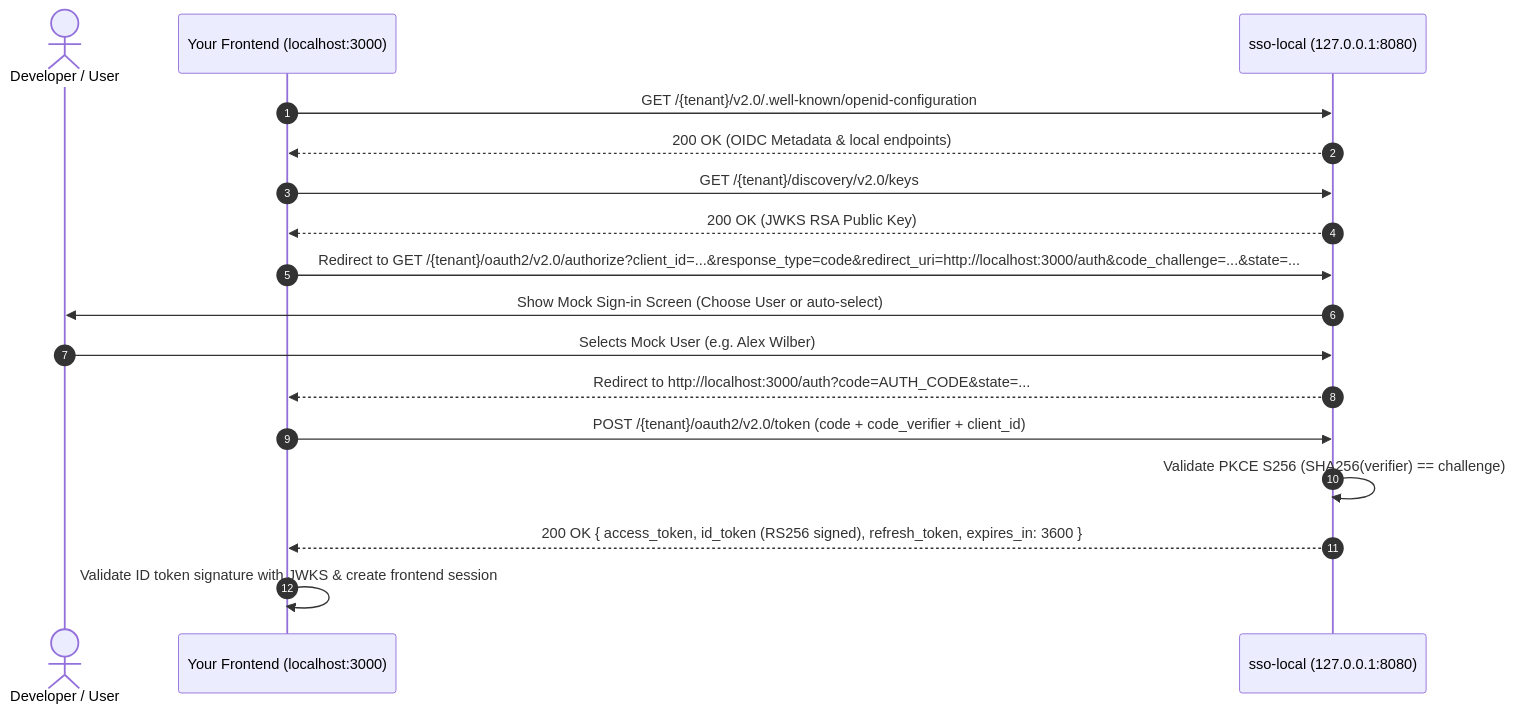
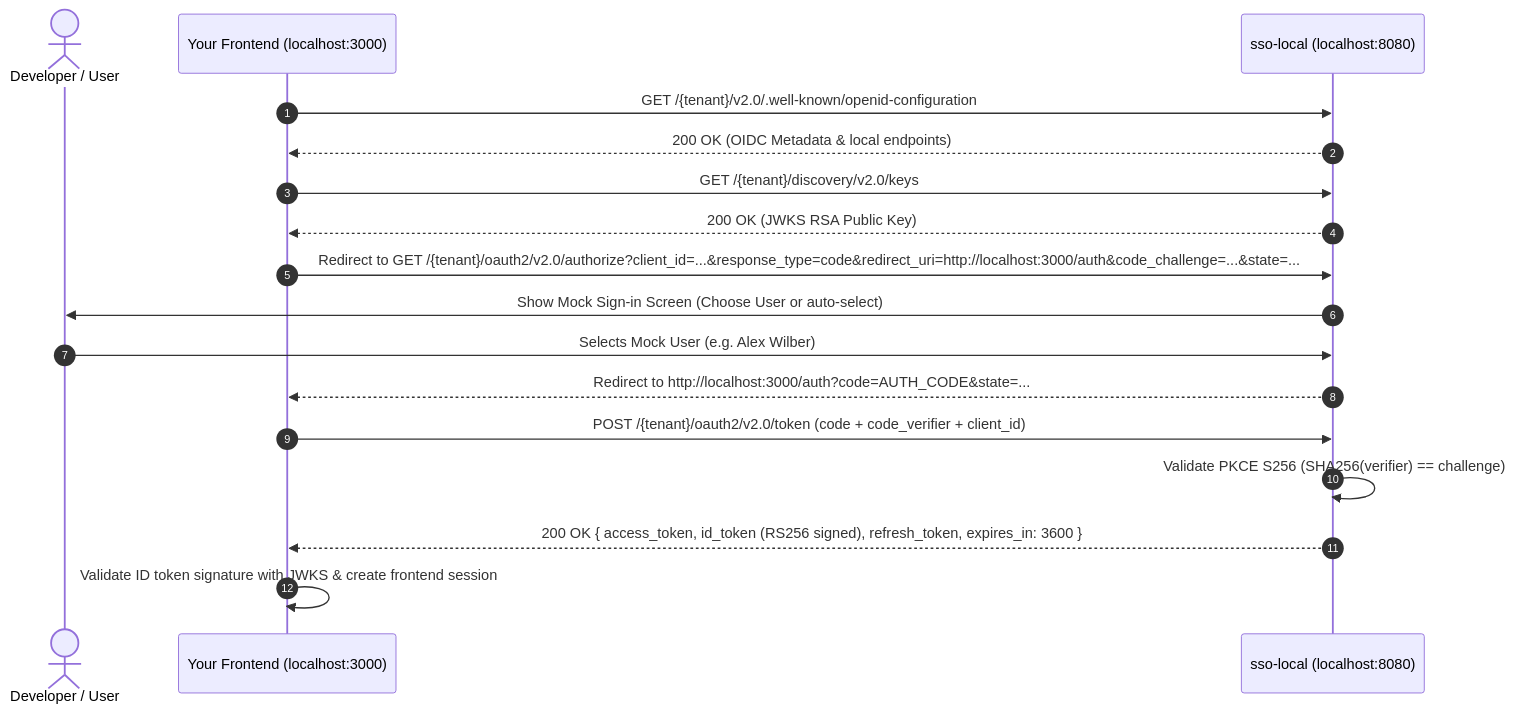
The diagram in docs/architecture.md (sazzadsazib/local-sso), drawn with Mermaid before and after one commit. The commit also changed other lines of this file and 20 other files, not shown here.

````diff
--- a/docs/architecture.md
+++ b/docs/architecture.md
@@ -81,24 +81,24 @@
 ```mermaid
 sequenceDiagram
     autonumber
     actor Dev as Developer / User
     participant App as Your Frontend (localhost:3000)
-    participant SSO as sso-local (127.0.0.1:8080)
+    participant SSO as sso-local (localhost:8080)
 
     App->>SSO: GET /{tenant}/v2.0/.well-known/openid-configuration
     SSO-->>App: 200 OK (OIDC Metadata & local endpoints)
     
     App->>SSO: GET /{tenant}/discovery/v2.0/keys
     SSO-->>App: 200 OK (JWKS RSA Public Key)
 
     App->>SSO: Redirect to GET /{tenant}/oauth2/v2.0/authorize?client_id=...&response_type=code&redirect_uri=http://localhost:3000/auth&code_challenge=...&state=...
     SSO->>Dev: Show Mock Sign-in Screen (Choose User or auto-select)
     Dev->>SSO: Selects Mock User (e.g. Alex Wilber)
     SSO-->>App: Redirect to http://localhost:3000/auth?code=AUTH_CODE&state=...
 
     App->>SSO: POST /{tenant}/oauth2/v2.0/token (code + code_verifier + client_id)
     SSO->>SSO: Validate PKCE S256 (SHA256(verifier) == challenge)
     SSO-->>App: 200 OK { access_token, id_token (RS256 signed), refresh_token, expires_in: 3600 }
     
     App->>App: Validate ID token signature with JWKS & create frontend session
 ```
````
